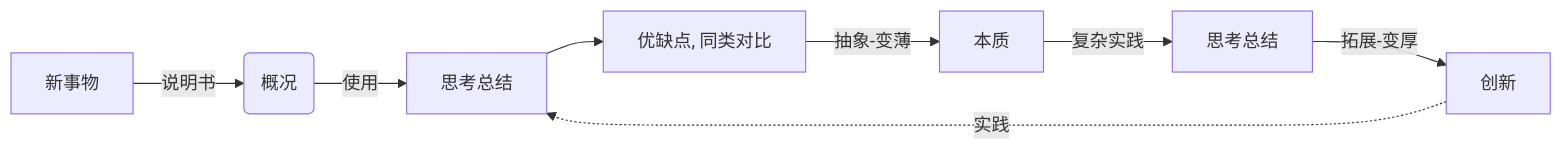
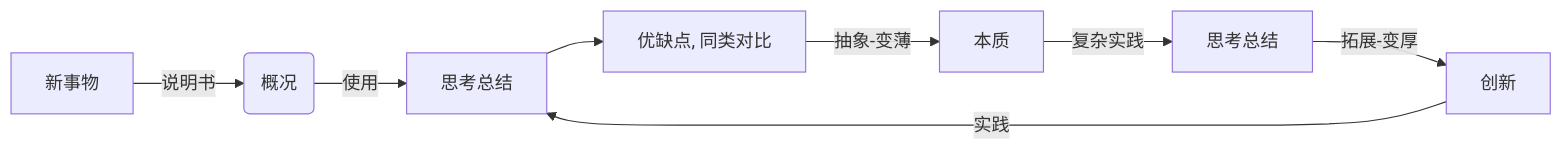
Before and after one commit to joyous-x/blog: the diagram in blog_raw/blog/utility/rnote/about_personal.md, drawn with Mermaid. The commit also changed 2 other files, not shown here.

Commit message:
fix: support markdown mermaid

````diff
--- a/blog_raw/blog/utility/rnote/about_personal.md
+++ b/blog_raw/blog/utility/rnote/about_personal.md
@@ -82,10 +82,10 @@
 ```mermaid
 graph LR
-A[新事物] --> |说明书| B(概况)
-B --> |使用| D[思考总结]
-D --> E[优缺点, 同类对比]
-E --> |抽象-变薄| F[本质]
-F --> |复杂实践| G[思考总结]
-G --> |拓展-变厚| H[创新]
-H -.-> |实践| D
+    A[新事物] --> |说明书| B(概况)
+    B --> |使用| D[思考总结]
+    D --> E[优缺点, 同类对比]
+    E --> |抽象-变薄| F[本质]
+    F --> |复杂实践| G[思考总结]
+    G --> |拓展-变厚| H[创新]
+    H --> |实践| D
 ```
````
